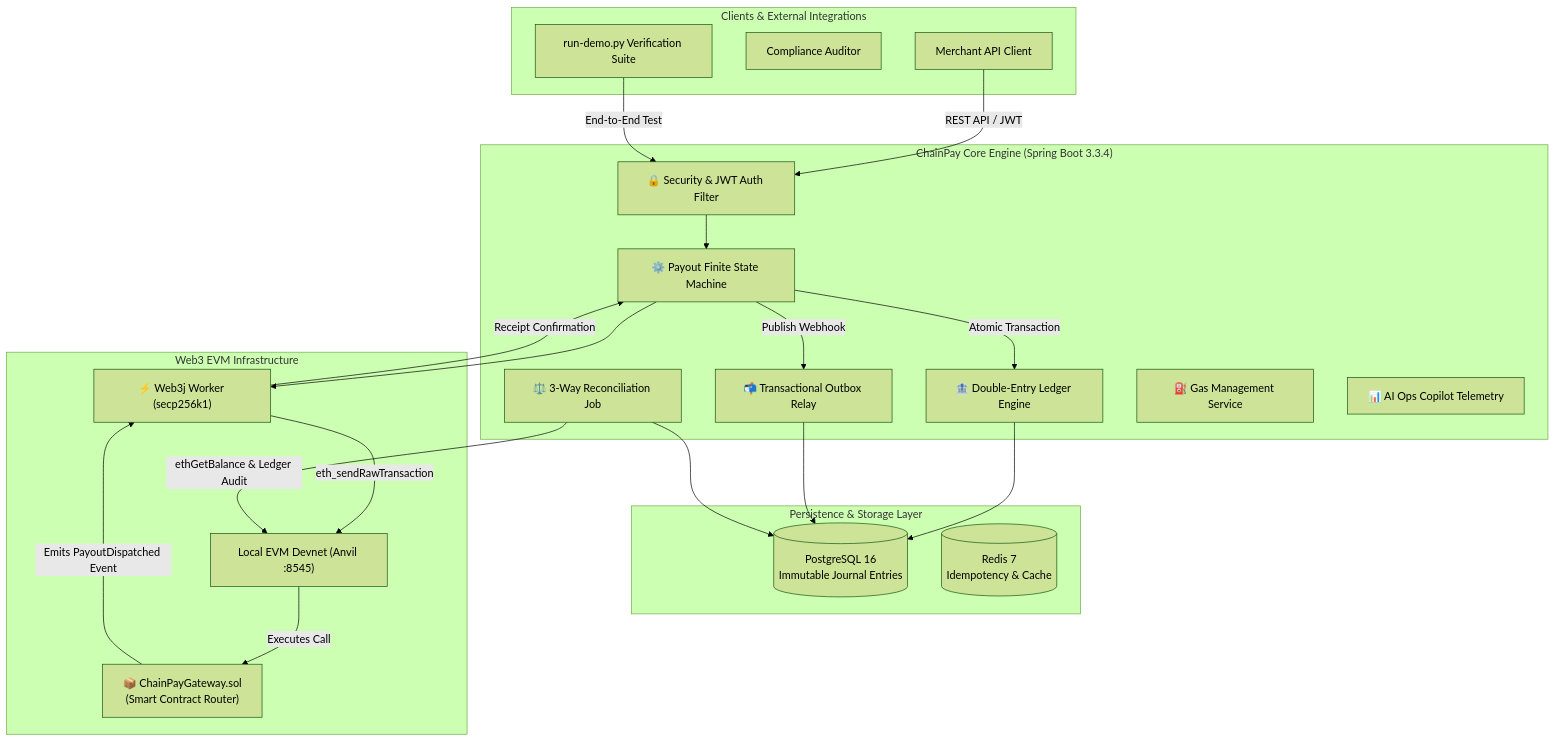
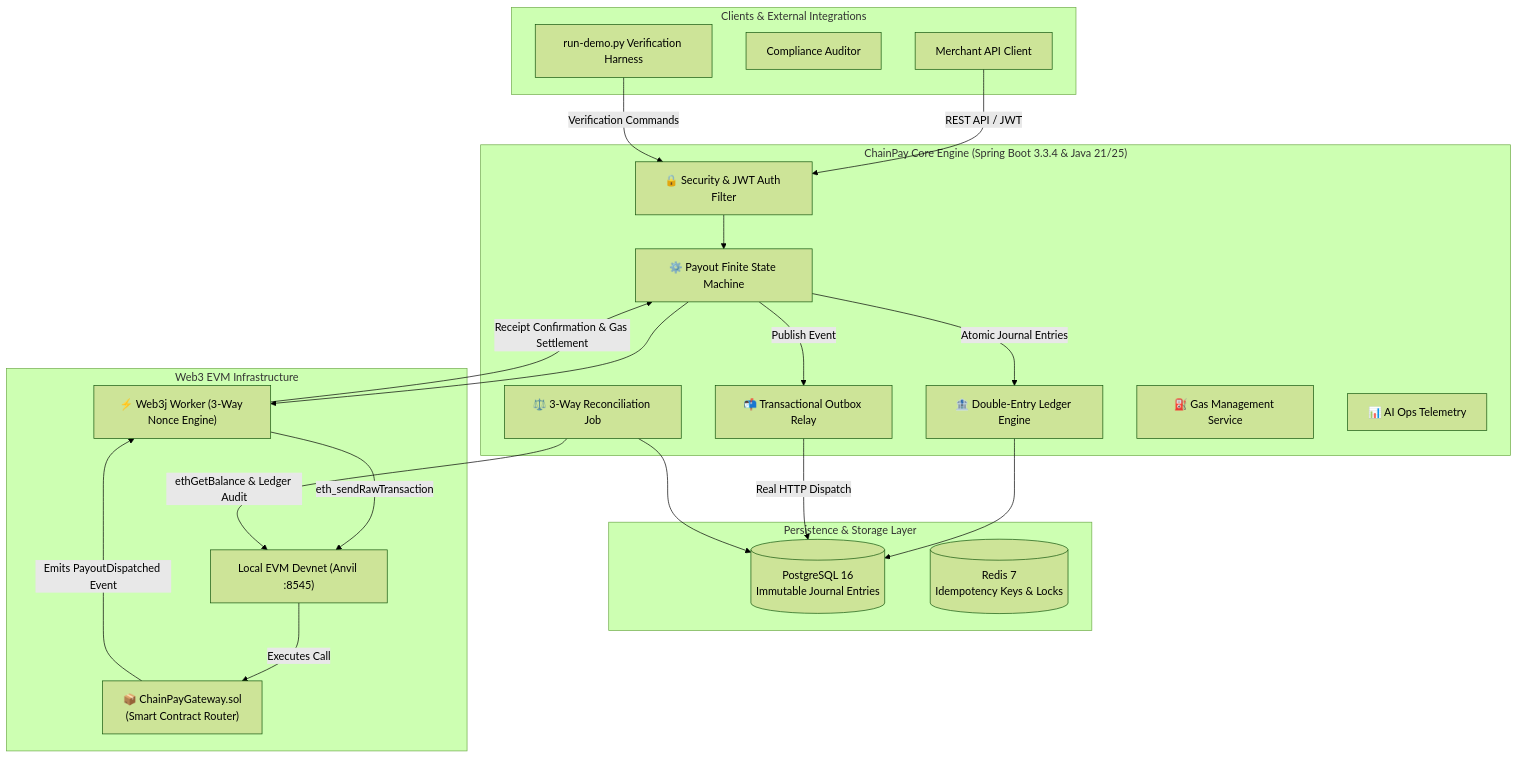
One commit to 0xshikhar/chainpay changed the first of 2 diagrams in README.md. Above: the diagram before and after it, drawn with Mermaid (forest theme). The commit also changed other lines of this file, not shown here.

````diff
--- a/README.md
+++ b/README.md
@@ -37,44 +59,44 @@
 ```mermaid
 flowchart TB
     subgraph Clients["Clients & External Integrations"]
         Merchant["Merchant API Client"]
         Auditor["Compliance Auditor"]
-        DemoHarness["run-demo.py Verification Suite"]
+        DemoHarness["run-demo.py Verification Harness"]
     end
 
-    subgraph CoreEngine["ChainPay Core Engine (Spring Boot 3.3.4)"]
-        JWT["🔒 Security & JWT Auth Filter"]
+    subgraph CoreEngine["ChainPay Core Engine (Spring Boot 3.3.4 & Java 21/25)"]
+        Security["🔒 Security & JWT Auth Filter"]
         PayoutFSM["⚙️ Payout Finite State Machine"]
         Ledger["🏦 Double-Entry Ledger Engine"]
         OutboxRelay["📬 Transactional Outbox Relay"]
         Reconciliation["⚖️ 3-Way Reconciliation Job"]
         GasService["⛽ Gas Management Service"]
-        Copilot["📊 AI Ops Copilot Telemetry"]
+        Copilot["📊 AI Ops Telemetry"]
     end
 
     subgraph Storage["Persistence & Storage Layer"]
         DB[(PostgreSQL 16\nImmutable Journal Entries)]
-        Redis[(Redis 7\nIdempotency & Cache)]
+        Redis[(Redis 7\nIdempotency Keys & Locks)]
     end
 
-    subgraph Blockchain["Web3 EVM Infrastructure"]
-        Worker["⚡ Web3j Worker (secp256k1)"]
+    subgraph Web3EVM["Web3 EVM Infrastructure"]
+        Worker["⚡ Web3j Worker (3-Way Nonce Engine)"]
         Anvil["Local EVM Devnet (Anvil :8545)"]
         Gateway["📦 ChainPayGateway.sol\n(Smart Contract Router)"]
     end
 
-    Merchant -->|REST API / JWT| JWT
-    DemoHarness -->|End-to-End Test| JWT
-    JWT --> PayoutFSM
-    PayoutFSM -->|Atomic Transaction| Ledger
+    Merchant -->|REST API / JWT| Security
+    DemoHarness -->|Verification Commands| Security
+    Security --> PayoutFSM
+    PayoutFSM -->|Atomic Journal Entries| Ledger
     Ledger --> DB
     PayoutFSM --> Worker
     Worker -->|eth_sendRawTransaction| Anvil
     Anvil -->|Executes Call| Gateway
     Gateway -->|Emits PayoutDispatched Event| Worker
-    Worker -->|Receipt Confirmation| PayoutFSM
-    PayoutFSM -->|Publish Webhook| OutboxRelay
-    OutboxRelay --> DB
+    Worker -->|Receipt Confirmation & Gas Settlement| PayoutFSM
+    PayoutFSM -->|Publish Event| OutboxRelay
+    OutboxRelay -->|Real HTTP Dispatch| DB
     Reconciliation -->|ethGetBalance & Ledger Audit| Anvil
     Reconciliation --> DB
 ```
````
